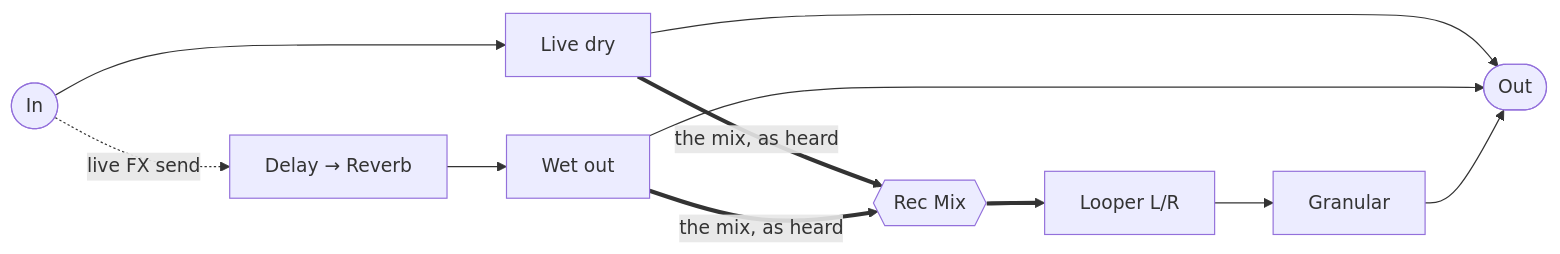
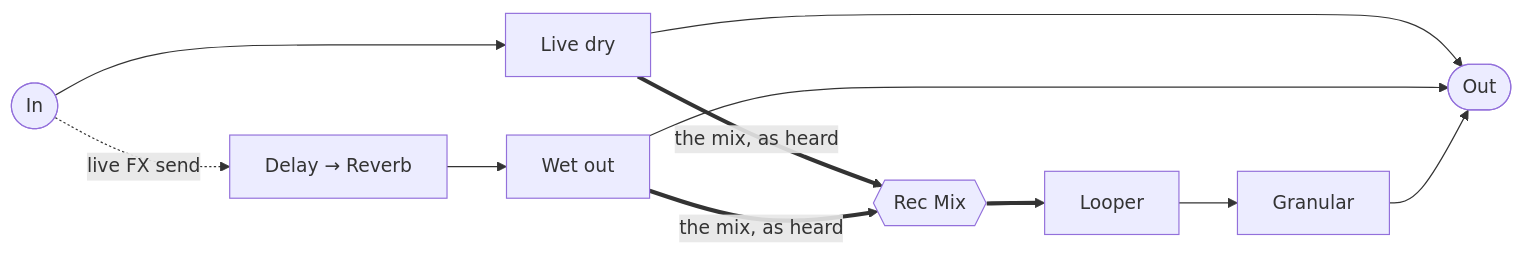
One commit to sheoak/zoia-patchstorage changed the first of 2 diagrams in patches/the-magician/SCHEMA.md. Above: the diagram before and after it, drawn with Mermaid. The commit also changed other lines of this file and 3 other files, not shown here.

````diff
--- a/patches/the-magician/SCHEMA.md
+++ b/patches/the-magician/SCHEMA.md
@@ -8,17 +8,17 @@
 ```mermaid
 flowchart LR
     IN(["In"])
     DRY["Live dry"]
     FX["Delay → Reverb"]
     WET["Wet out"]
     RECMIX{{"Rec Mix"}}
-    LOOP["Looper L/R"]
+    LOOP["Looper"]
     GRAIN["Granular"]
     OUT(["Out"])
 
     IN --> DRY --> OUT
     IN -. "live FX send" .-> FX --> WET --> OUT
     DRY == "the mix, as heard" ==> RECMIX
     WET == "the mix, as heard" ==> RECMIX
     RECMIX ==> LOOP --> GRAIN --> OUT
 ```
````
